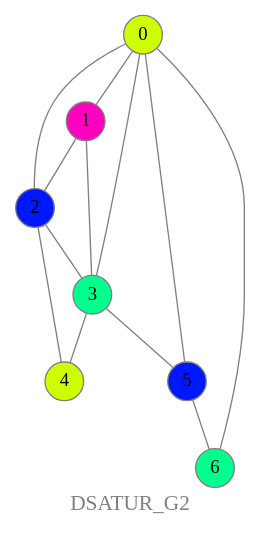
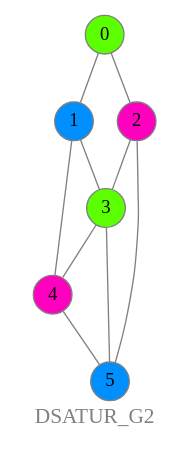
The diagram in output/DSATUR_G2.gv (coud0011/IUTS2Graphes), drawn with Graphviz before and after one commit. The commit also changed 3 other files, not shown here.

```diff
--- a/output/DSATUR_G2.gv
+++ b/output/DSATUR_G2.gv
@@ -1,31 +1,26 @@
 graph DSATUR_G2 {
 	graph [bgcolor="#ffffff00" fontcolor=grey fontsize=16 label=DSATUR_G2 overlap=false]
 	node [color=grey fixedsize=true fontsize=14 shape=circle style=filled width=0.4]
 	edge [arrowsize=0.7 color=grey fontcolor=grey fontsize=12]
-	node [fillcolor="#cdff00"]
+	node [fillcolor="#5cff00"]
 	0
+	node [fillcolor="#008fff"]
+	1
 	node [fillcolor="#ff00bf"]
-	1
-	node [fillcolor="#0018ff"]
 	2
-	node [fillcolor="#00ff8c"]
+	node [fillcolor="#5cff00"]
 	3
-	node [fillcolor="#cdff00"]
+	node [fillcolor="#ff00bf"]
 	4
-	node [fillcolor="#0018ff"]
+	node [fillcolor="#008fff"]
 	5
-	node [fillcolor="#00ff8c"]
-	6
 	0 -- 1
 	0 -- 2
-	0 -- 3
-	0 -- 5
-	0 -- 6
-	1 -- 2
 	1 -- 3
+	1 -- 4
 	2 -- 3
-	2 -- 4
+	2 -- 5
 	3 -- 4
 	3 -- 5
-	5 -- 6
+	4 -- 5
 }
```
